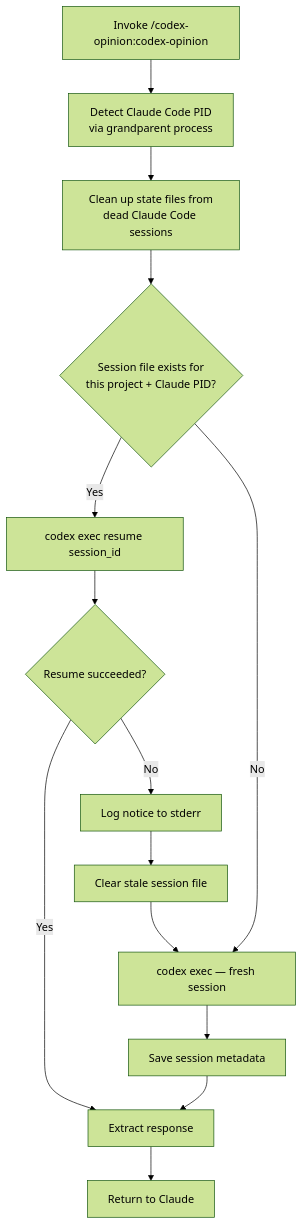
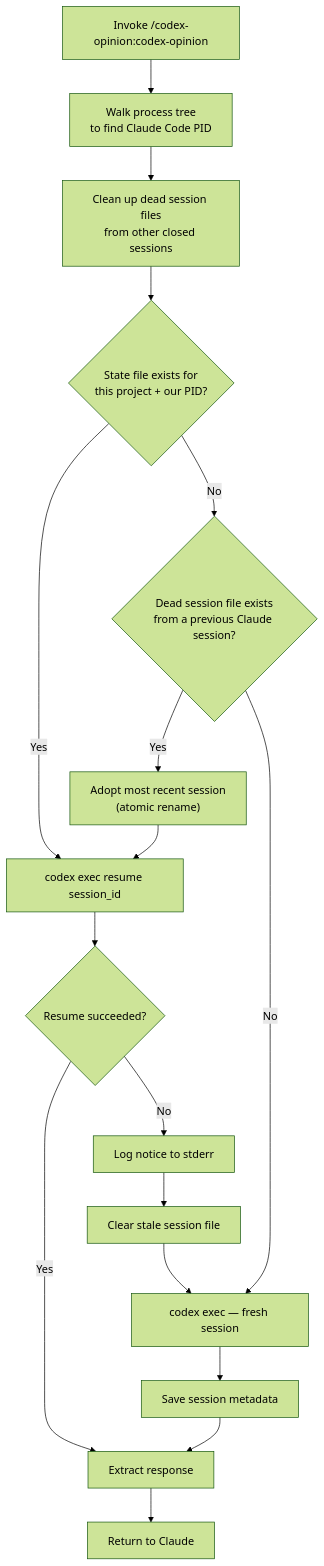
One commit to ehzawad/codex-opinion changed the second of 4 diagrams in README.md. Above: the diagram before and after it, drawn with Mermaid (forest theme). The commit also changed other lines of this file and 3 other files, not shown here.

First line of the commit message:
adopt prior sessions for cross-session continuity, robust PID detection

````diff
--- a/README.md
+++ b/README.md
@@ -80,16 +81,19 @@
 ```mermaid
 flowchart TD
-    A[Invoke /codex-opinion:codex-opinion] --> B[Detect Claude Code PID<br/>via grandparent process]
-    B --> C[Clean up state files from<br/>dead Claude Code sessions]
-    C --> D{Session file exists for<br/>this project + Claude PID?}
+    A[Invoke /codex-opinion:codex-opinion] --> B[Walk process tree<br/>to find Claude Code PID]
+    B --> C[Clean up dead session files<br/>from other closed sessions]
+    C --> D{State file exists for<br/>this project + our PID?}
     D -- Yes --> E[codex exec resume session_id]
-    E --> F{Resume succeeded?}
-    F -- Yes --> G[Extract response]
-    F -- No --> H["Log notice to stderr"]
-    H --> I[Clear stale session file]
-    I --> J[codex exec — fresh session]
-    D -- No --> J
-    J --> K[Save session metadata]
-    K --> G
-    G --> L[Return to Claude]
+    D -- No --> F{Dead session file exists<br/>from a previous Claude session?}
+    F -- Yes --> G["Adopt most recent session<br/>(atomic rename)"]
+    G --> E
+    F -- No --> H[codex exec — fresh session]
+    E --> I{Resume succeeded?}
+    I -- Yes --> J[Extract response]
+    I -- No --> K["Log notice to stderr"]
+    K --> L[Clear stale session file]
+    L --> H
+    H --> M[Save session metadata]
+    M --> J
+    J --> N[Return to Claude]
 ```
````
